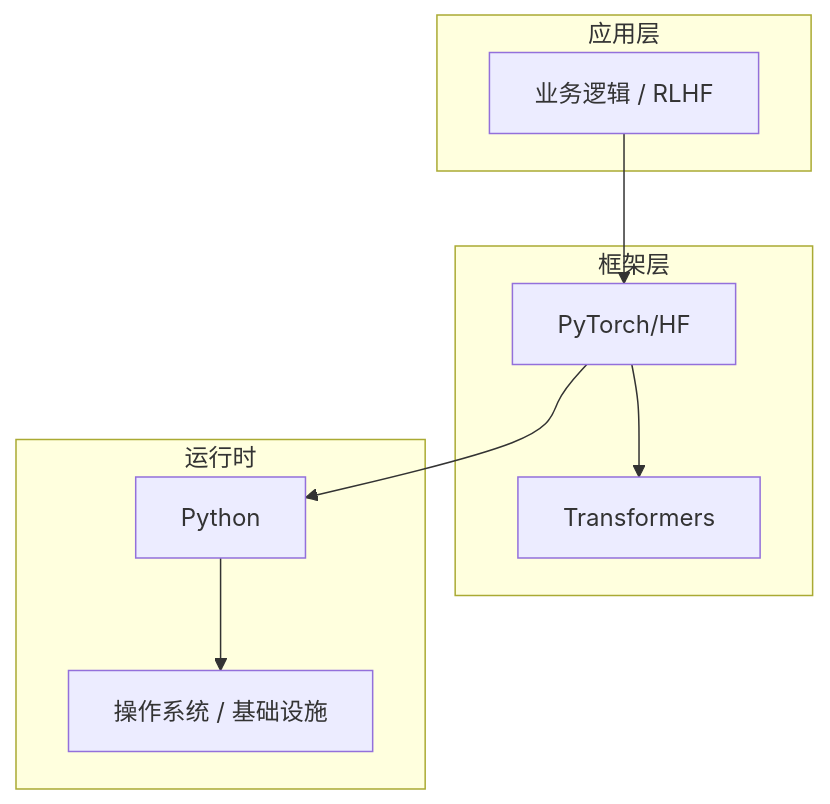
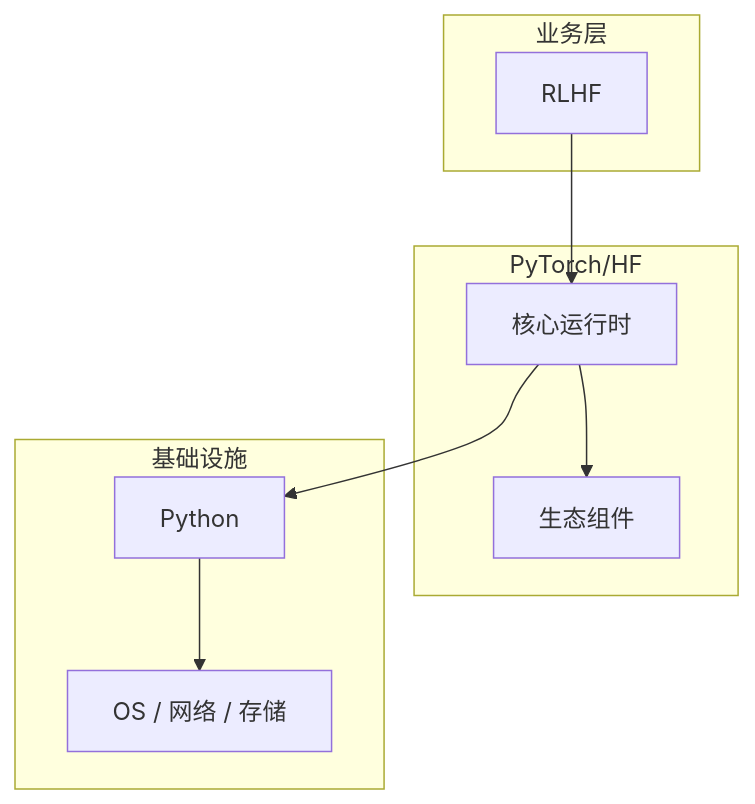
One commit to yanggan2015/knowledge-json-v2 changed the diagram in articles/大语言模型/chapters/049-RLHF核心概念与原理.md. Above: the diagram before and after it, drawn with Mermaid. The commit also changed other lines of this file and 10127 other files, not shown here.

````diff
--- a/articles/大语言模型/chapters/049-RLHF核心概念与原理.md
+++ b/articles/大语言模型/chapters/049-RLHF核心概念与原理.md
@@ -45,18 +30,18 @@
 ```mermaid
 graph TB
-    subgraph 应用层
-        A[业务逻辑 / RLHF]
+    subgraph 业务层
+        A[RLHF]
     end
-    subgraph 框架层
-        B[PyTorch/HF]
-        C[Transformers]
+    subgraph PyTorch/HF
+        B[核心运行时]
+        C[生态组件]
     end
-    subgraph 运行时
+    subgraph 基础设施
         D[Python]
-        E[操作系统 / 基础设施]
+        E[OS / 网络 / 存储]
     end
     A --> B
     B --> C
     B --> D
     D --> E
 ```
````
